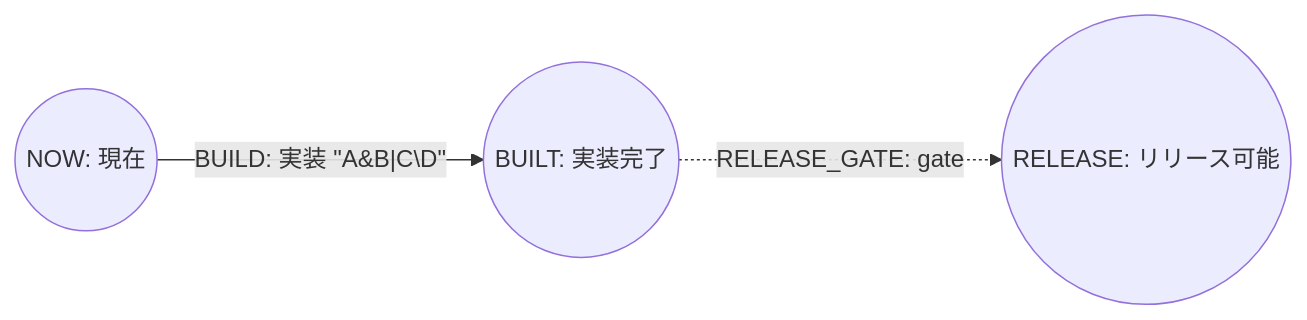
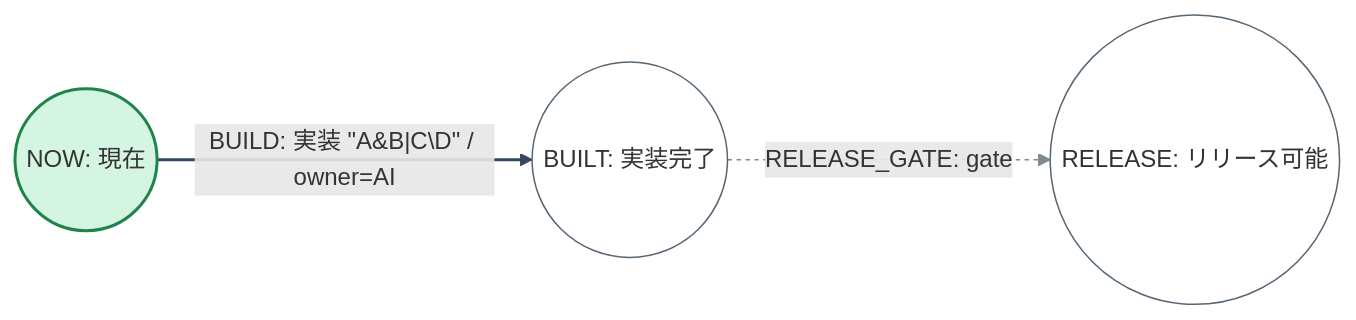
Before and after one commit to mako10k/perttool: the diagram in docs/examples/mermaid-profile.md, drawn with Mermaid. The commit also changed other lines of this file and 23 other files, not shown here.

Commit message:
Implement Mermaid export

````diff
--- a/docs/examples/mermaid-profile.md
+++ b/docs/examples/mermaid-profile.md
@@ -54,18 +54,24 @@
 ```mermaid
 flowchart LR
-  %% perttool:profile {"schema_version":"Perttool.MermaidProfile.v1","profile":"perttool","source_fidelity":"semantic-v1","record_count":7,"metadata_digest":"sha256:24ab3cb9723cf5cbf77707b2cd6e0f37270f4d5d4baa67d12b1a10724a0f1c6c","projection_digest":"sha256:dd5f167f5548c988804b15914b68d711bf21becaf942da8892915bc55f44c3b6","projection":{"schema_version":"Perttool.MermaidProjection.v1","direction":"LR","analysis":"none","capacity_overrides":[]}}
+  %% perttool:profile {"schema_version":"Perttool.MermaidProfile.v1","profile":"perttool","source_fidelity":"semantic-v1","record_count":7,"metadata_digest":"sha256:24ab3cb9723cf5cbf77707b2cd6e0f37270f4d5d4baa67d12b1a10724a0f1c6c","projection_digest":"sha256:c565410b2030baa98379e677a30aa4bd345d0220cbfca2d230c2263850a0037f","projection":{"schema_version":"Perttool.MermaidProjection.v1","direction":"LR","analysis":"none","capacity_overrides":[]}}
   %% perttool:project {"id":"PROFILE_SAMPLE","version":1,"title":"Mermaid profile sample","description":null,"as_of":"2026-07-22","duration_unit":"day","velocity":null,"finish":"RELEASE","critical_epsilon":"0d","target_duration":null}
   %% perttool:resource {"id":"DEVELOPERS","title":"開発担当","description":null,"capacity":2,"tags":["implementation"]}
   %% perttool:milestone {"id":"BUILT","title":"実装完了","description":null,"state":"planned","tags":[]}
   %% perttool:milestone {"id":"NOW","title":"現在","description":null,"state":"reached","tags":[]}
   %% perttool:milestone {"id":"RELEASE","title":"リリース可能","description":null,"state":"planned","tags":[]}
   %% perttool:task {"id":"BUILD","from":"NOW","to":"BUILT","title":"実装 \"A&B|C\\D\"","description":null,"estimate":{"kind":"deterministic","duration":"2d"},"status":"planned","priority":10,"requires":[{"resource_id":"DEVELOPERS","units":1}],"owner":"AI","tags":["critical"],"blocked_reason":null,"source":"Issue #10"}
   %% perttool:gate {"id":"RELEASE_GATE","from":"BUILT","to":"RELEASE","reason":"review accepted"}
   %% perttool:projection-begin
   ptm_BUILT(("BUILT: 実装完了"))
   ptm_NOW(("NOW: 現在"))
   ptm_RELEASE(("RELEASE: リリース可能"))
-  ptm_NOW -->|"BUILD: 実装 #34;A#38;B#124;C#92;D#34;"| ptm_BUILT
+  ptm_NOW -->|"BUILD: 実装 #34;A#38;B#124;C#92;D#34; / owner=AI"| ptm_BUILT
   ptm_BUILT -.->|"RELEASE_GATE: gate"| ptm_RELEASE
+  classDef pt_milestone_planned fill:#ffffff,stroke:#566573,stroke-width:1px;
+  classDef pt_milestone_reached fill:#d5f5e3,stroke:#1e8449,stroke-width:2px;
+  class ptm_BUILT,ptm_RELEASE pt_milestone_planned;
+  class ptm_NOW pt_milestone_reached;
+  linkStyle 0 stroke:#34495e,stroke-width:2px;
+  linkStyle 1 stroke:#7f8c8d,stroke-width:1px,stroke-dasharray:3 3;
   %% perttool:projection-end
 ```
````
